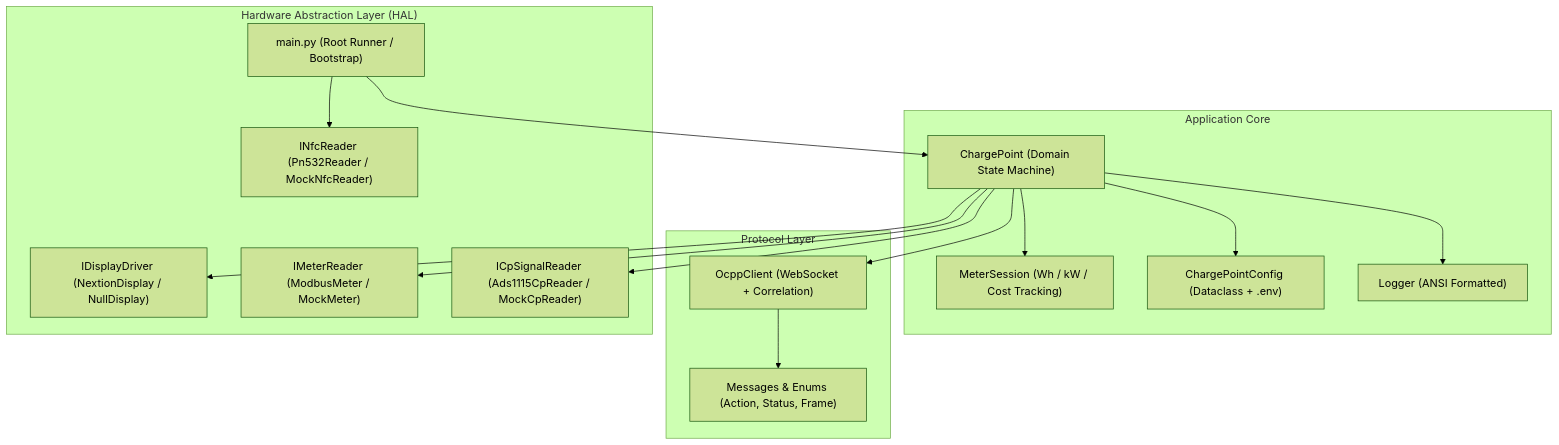
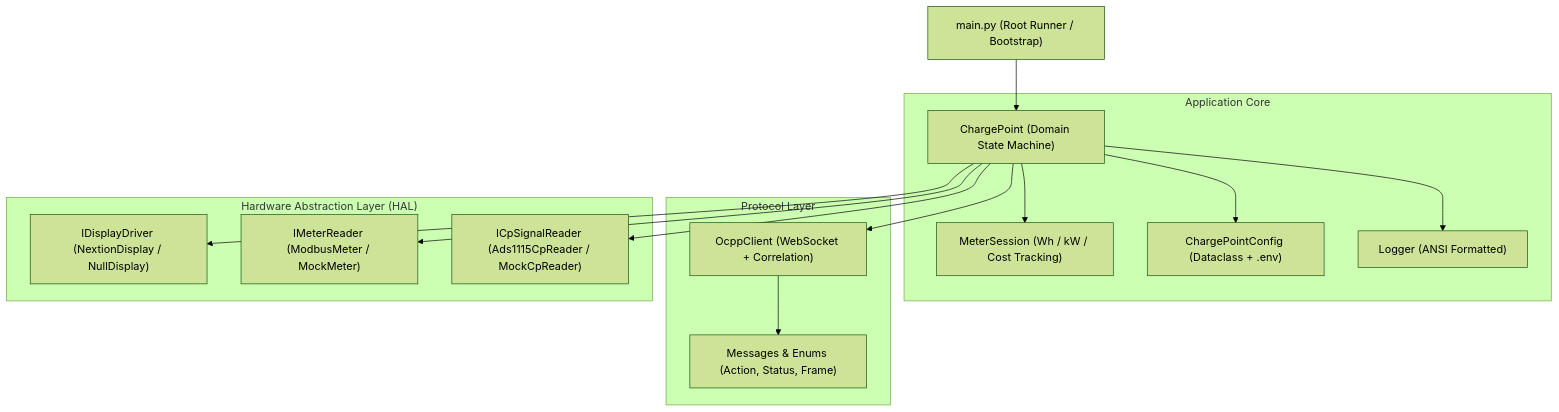
One commit to hasanyildiz12/ocpp-evse-charger-sim changed the diagram in README.md. Above: the diagram before and after it, drawn with Mermaid (forest theme). The commit also changed other lines of this file and 6 other files, not shown here.

````diff
--- a/README.md
+++ b/README.md
@@ -98,22 +92,21 @@
 ```mermaid
 graph TD
     A["main.py (Root Runner / Bootstrap)"] --> B["ChargePoint (Domain State Machine)"]
     
     subgraph "Application Core"
         B --> C["MeterSession (Wh / kW / Cost Tracking)"]
         B --> D["ChargePointConfig (Dataclass + .env)"]
         B --> L["Logger (ANSI Formatted)"]
     end
 
     subgraph "Protocol Layer"
         B --> E["OcppClient (WebSocket + Correlation)"]
         E --> F["Messages & Enums (Action, Status, Frame)"]
     end
 
     subgraph "Hardware Abstraction Layer (HAL)"
         B --> G["IDisplayDriver (NextionDisplay / NullDisplay)"]
         B --> H["IMeterReader (ModbusMeter / MockMeter)"]
         B --> I["ICpSignalReader (Ads1115CpReader / MockCpReader)"]
-        A --> J["INfcReader (Pn532Reader / MockNfcReader)"]
     end
 ```
````
